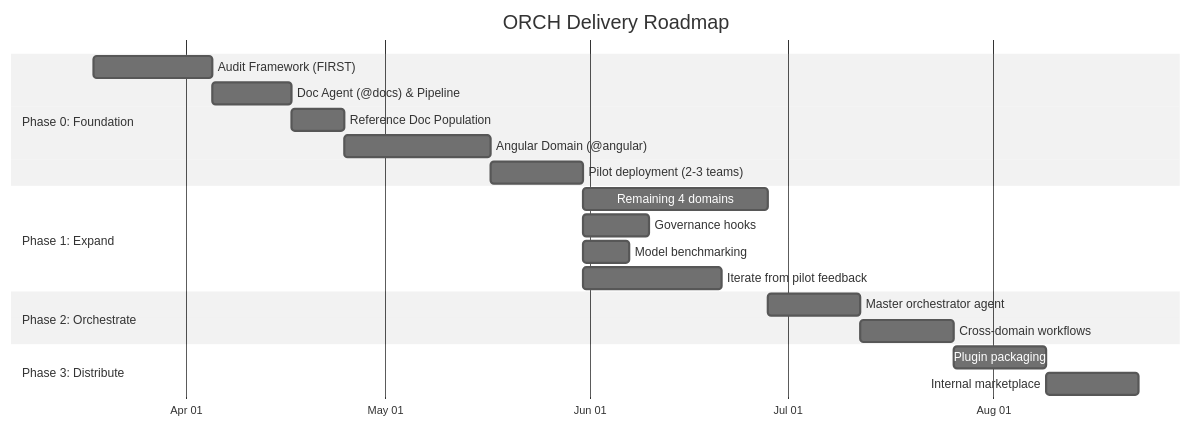
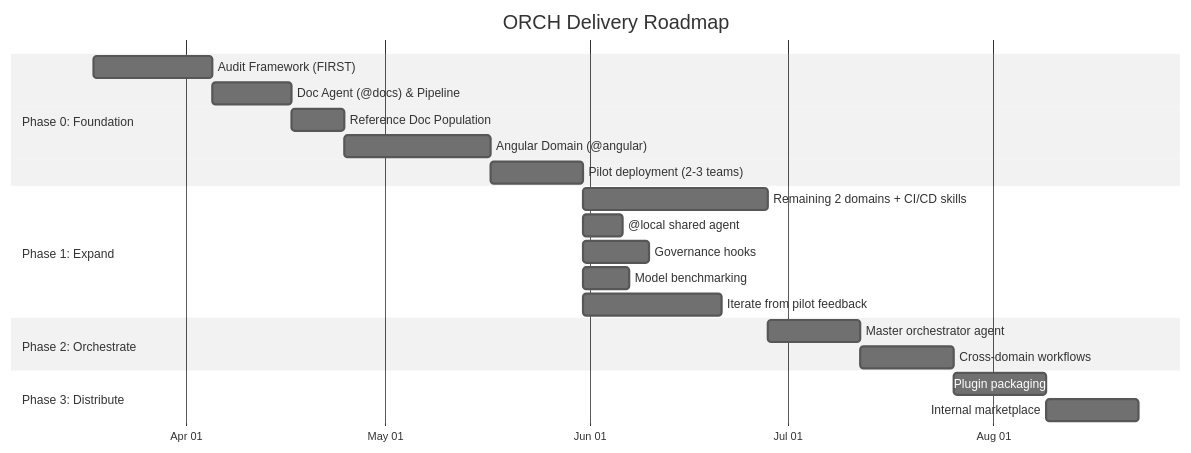
Before and after one commit to oneinthebox/vscode-ghcp-agents: the diagram in docs/delivery.md, drawn with Mermaid (neutral theme). The commit also changed other lines of this file and 80 other files, not shown here.

````diff
--- a/docs/delivery.md
+++ b/docs/delivery.md
@@ -11,27 +11,28 @@
 ```mermaid
 gantt
     title ORCH Delivery Roadmap
     dateFormat YYYY-MM-DD
     axisFormat %b %d
 
     section Phase 0: Foundation
     Audit Framework (FIRST)        :p0z, 2026-03-18, 18d
     Doc Agent (@docs) & Pipeline    :p0a, after p0z, 12d
     Reference Doc Population       :p0r, after p0a, 8d
     Angular Domain (@angular)      :p0b, after p0r, 22d
     Pilot deployment (2-3 teams)   :p0c, after p0b, 14d
 
     section Phase 1: Expand
-    Remaining 4 domains            :p1a, after p0c, 28d
+    Remaining 2 domains + CI/CD skills :p1a, after p0c, 28d
+    @local shared agent            :p1l, after p0c, 6d
     Governance hooks               :p1b, after p0c, 10d
     Model benchmarking             :p1d, after p0c, 7d
     Iterate from pilot feedback    :p1c, after p0c, 21d
 
     section Phase 2: Orchestrate
     Master orchestrator agent      :p2a, after p1a, 14d
     Cross-domain workflows         :p2b, after p2a, 14d
 
     section Phase 3: Distribute
     Plugin packaging               :p3a, after p2b, 14d
     Internal marketplace           :p3b, after p3a, 14d
 ```
````
